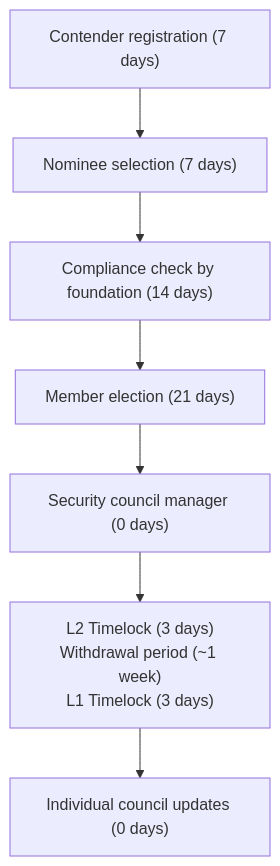
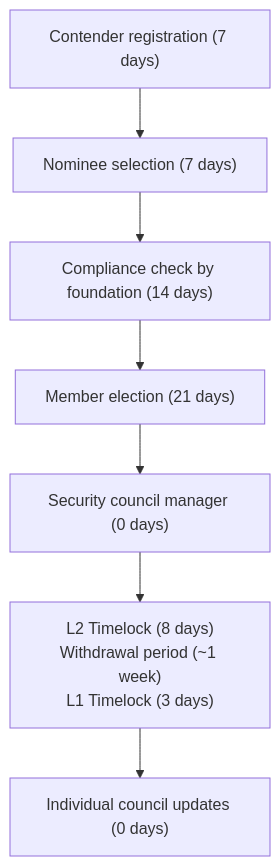
One commit to ArbitrumFoundation/governance changed the diagram in docs/security-council-election-flow.md. Above: the diagram before and after it, drawn with Mermaid. The commit also changed 1 other file, not shown here.

Commit message:
Updated mermaid flow diagrams

````diff
--- a/docs/security-council-election-flow.md
+++ b/docs/security-council-election-flow.md
@@ -3,9 +3,9 @@
 ```mermaid
 graph TD
     Z["Contender registration (7 days)"] --> A
     A["Nominee selection (7 days)"] --> B["Compliance check by foundation (14 days)"]
     B --> C["Member election (21 days)"]
     C --> D["Security council manager (0 days)"]
-    D --> E["L2 Timelock (3 days)\nWithdrawal period (~1 week)\nL1 Timelock (3 days)"]
+    D --> E["L2 Timelock (8 days)\nWithdrawal period (~1 week)\nL1 Timelock (3 days)"]
     E --> F["Individual council updates (0 days)"]
 ```
````
